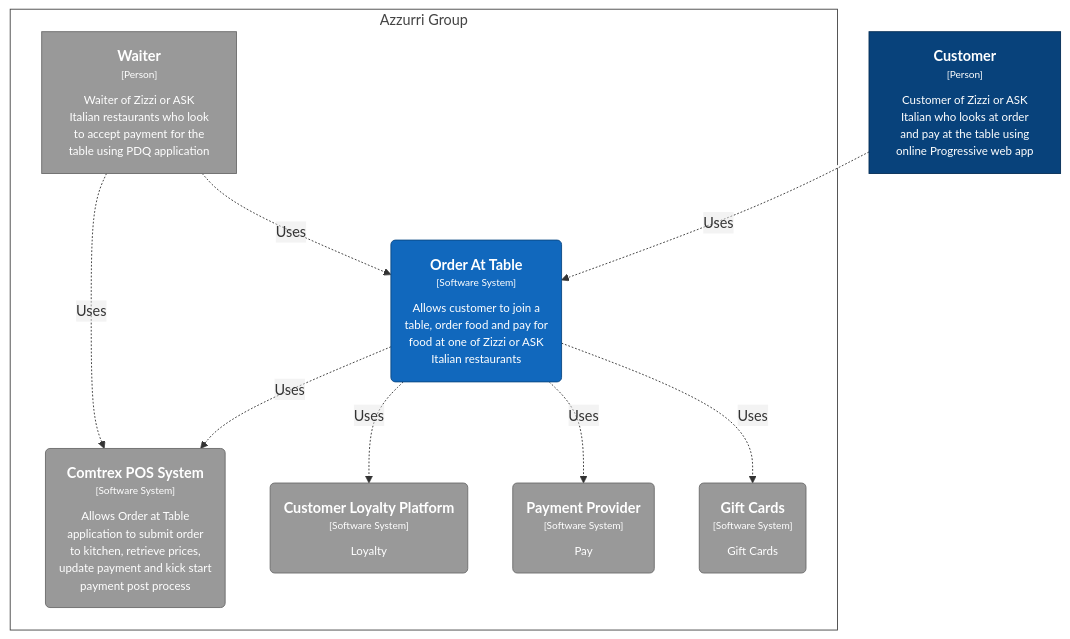
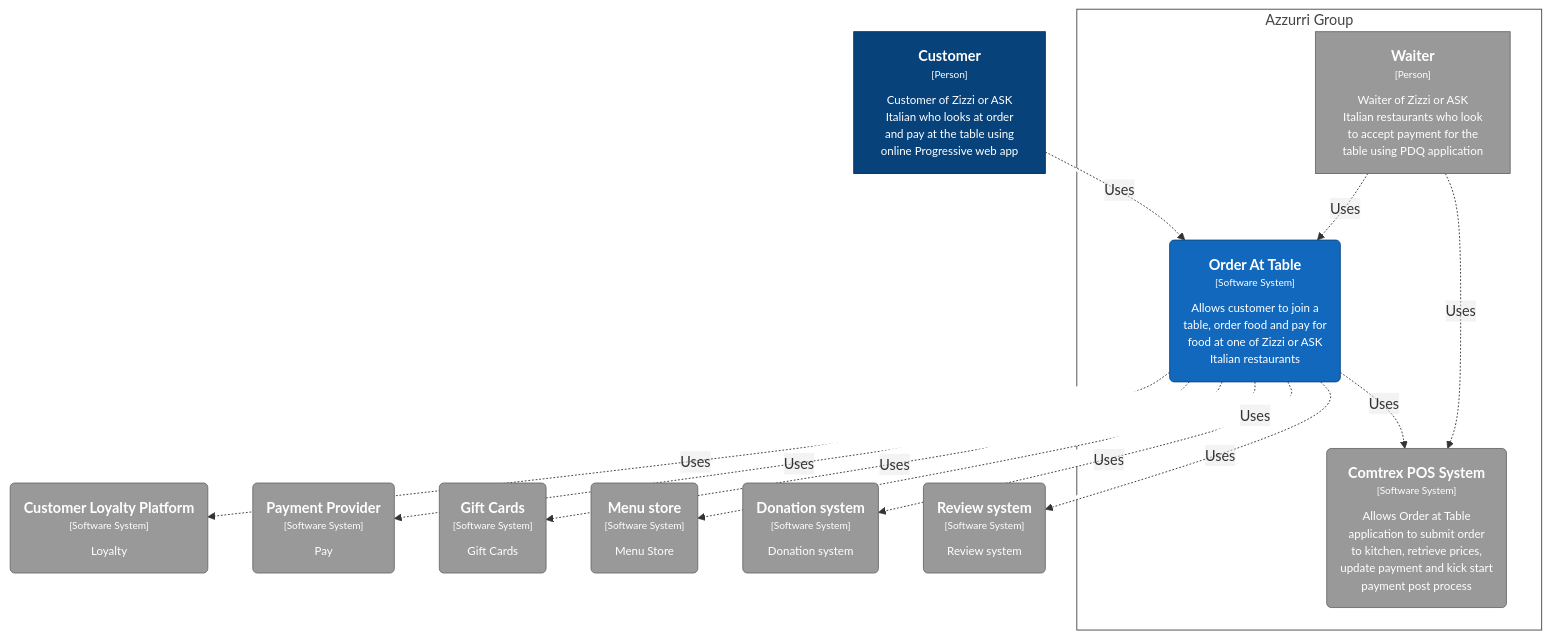
Before and after one commit to anandakumarpalanisamy/css-recipes: the diagram in README.md, drawn with Mermaid.

````diff
--- a/README.md
+++ b/README.md
@@ -6,32 +6,41 @@
 ```mermaid
 graph TB
   linkStyle default fill:#ffffff
 
   subgraph enterprise [Azzurri Group]
     style enterprise fill:#ffffff,stroke:#444444,color:#444444
 
     2["<div style='font-weight: bold'>Waiter</div><div style='font-size: 70%; margin-top: 0px'>[Person]</div><div style='font-size: 80%; margin-top:10px'>Waiter of Zizzi or ASK<br />Italian restaurants who look<br />to accept payment for the<br />table using PDQ application</div>"]
     style 2 fill:#999999,stroke:#6b6b6b,color:#ffffff
-    3("<div style='font-weight: bold'>Comtrex POS System</div><div style='font-size: 70%; margin-top: 0px'>[Software System]</div><div style='font-size: 80%; margin-top:10px'>Allows Order at Table<br />application to submit order<br />to kitchen, retrieve prices,<br />update payment and kick start<br />payment post process</div>")
-    style 3 fill:#999999,stroke:#6b6b6b,color:#ffffff
-    4("<div style='font-weight: bold'>Customer Loyalty Platform</div><div style='font-size: 70%; margin-top: 0px'>[Software System]</div><div style='font-size: 80%; margin-top:10px'>Loyalty</div>")
+    3("<div style='font-weight: bold'>Order At Table</div><div style='font-size: 70%; margin-top: 0px'>[Software System]</div><div style='font-size: 80%; margin-top:10px'>Allows customer to join a<br />table, order food and pay for<br />food at one of Zizzi or ASK<br />Italian restaurants</div>")
+    style 3 fill:#1168bd,stroke:#0b4884,color:#ffffff
+    4("<div style='font-weight: bold'>Comtrex POS System</div><div style='font-size: 70%; margin-top: 0px'>[Software System]</div><div style='font-size: 80%; margin-top:10px'>Allows Order at Table<br />application to submit order<br />to kitchen, retrieve prices,<br />update payment and kick start<br />payment post process</div>")
     style 4 fill:#999999,stroke:#6b6b6b,color:#ffffff
-    5("<div style='font-weight: bold'>Payment Provider</div><div style='font-size: 70%; margin-top: 0px'>[Software System]</div><div style='font-size: 80%; margin-top:10px'>Pay</div>")
-    style 5 fill:#999999,stroke:#6b6b6b,color:#ffffff
-    6("<div style='font-weight: bold'>Gift Cards</div><div style='font-size: 70%; margin-top: 0px'>[Software System]</div><div style='font-size: 80%; margin-top:10px'>Gift Cards</div>")
-    style 6 fill:#999999,stroke:#6b6b6b,color:#ffffff
-    7("<div style='font-weight: bold'>Order At Table</div><div style='font-size: 70%; margin-top: 0px'>[Software System]</div><div style='font-size: 80%; margin-top:10px'>Allows customer to join a<br />table, order food and pay for<br />food at one of Zizzi or ASK<br />Italian restaurants</div>")
-    style 7 fill:#1168bd,stroke:#0b4884,color:#ffffff
   end
 
   1["<div style='font-weight: bold'>Customer</div><div style='font-size: 70%; margin-top: 0px'>[Person]</div><div style='font-size: 80%; margin-top:10px'>Customer of Zizzi or ASK<br />Italian who looks at order<br />and pay at the table using<br />online Progressive web app</div>"]
   style 1 fill:#08427b,stroke:#052e56,color:#ffffff
+  10("<div style='font-weight: bold'>Review system</div><div style='font-size: 70%; margin-top: 0px'>[Software System]</div><div style='font-size: 80%; margin-top:10px'>Review system</div>")
+  style 10 fill:#999999,stroke:#6b6b6b,color:#ffffff
+  5("<div style='font-weight: bold'>Customer Loyalty Platform</div><div style='font-size: 70%; margin-top: 0px'>[Software System]</div><div style='font-size: 80%; margin-top:10px'>Loyalty</div>")
+  style 5 fill:#999999,stroke:#6b6b6b,color:#ffffff
+  6("<div style='font-weight: bold'>Payment Provider</div><div style='font-size: 70%; margin-top: 0px'>[Software System]</div><div style='font-size: 80%; margin-top:10px'>Pay</div>")
+  style 6 fill:#999999,stroke:#6b6b6b,color:#ffffff
+  7("<div style='font-weight: bold'>Gift Cards</div><div style='font-size: 70%; margin-top: 0px'>[Software System]</div><div style='font-size: 80%; margin-top:10px'>Gift Cards</div>")
+  style 7 fill:#999999,stroke:#6b6b6b,color:#ffffff
+  8("<div style='font-weight: bold'>Menu store</div><div style='font-size: 70%; margin-top: 0px'>[Software System]</div><div style='font-size: 80%; margin-top:10px'>Menu Store</div>")
+  style 8 fill:#999999,stroke:#6b6b6b,color:#ffffff
+  9("<div style='font-weight: bold'>Donation system</div><div style='font-size: 70%; margin-top: 0px'>[Software System]</div><div style='font-size: 80%; margin-top:10px'>Donation system</div>")
+  style 9 fill:#999999,stroke:#6b6b6b,color:#ffffff
 
-  7-. "<div>Uses</div><div style='font-size: 70%'></div>" .->3
+  1-. "<div>Uses</div><div style='font-size: 70%'></div>" .->3
   2-. "<div>Uses</div><div style='font-size: 70%'></div>" .->3
-  7-. "<div>Uses</div><div style='font-size: 70%'></div>" .->4
-  7-. "<div>Uses</div><div style='font-size: 70%'></div>" .->5
-  7-. "<div>Uses</div><div style='font-size: 70%'></div>" .->6
-  1-. "<div>Uses</div><div style='font-size: 70%'></div>" .->7
-  2-. "<div>Uses</div><div style='font-size: 70%'></div>" .->7
+  3-. "<div>Uses</div><div style='font-size: 70%'></div>" .->4
+  2-. "<div>Uses</div><div style='font-size: 70%'></div>" .->4
+  3-. "<div>Uses</div><div style='font-size: 70%'></div>" .->5
+  3-. "<div>Uses</div><div style='font-size: 70%'></div>" .->6
+  3-. "<div>Uses</div><div style='font-size: 70%'></div>" .->7
+  3-. "<div>Uses</div><div style='font-size: 70%'></div>" .->8
+  3-. "<div>Uses</div><div style='font-size: 70%'></div>" .->9
+  3-. "<div>Uses</div><div style='font-size: 70%'></div>" .->10
 ```
````
